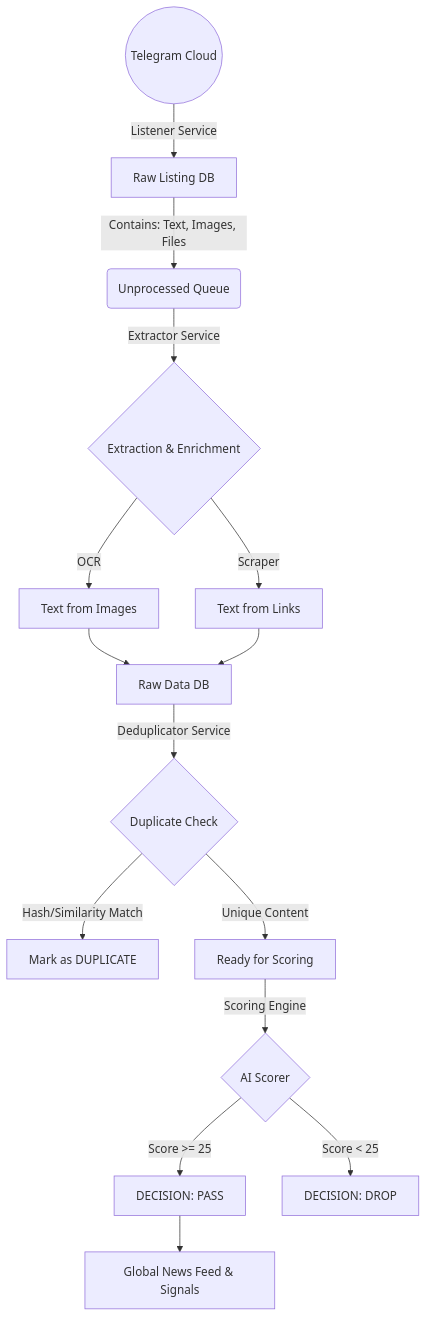
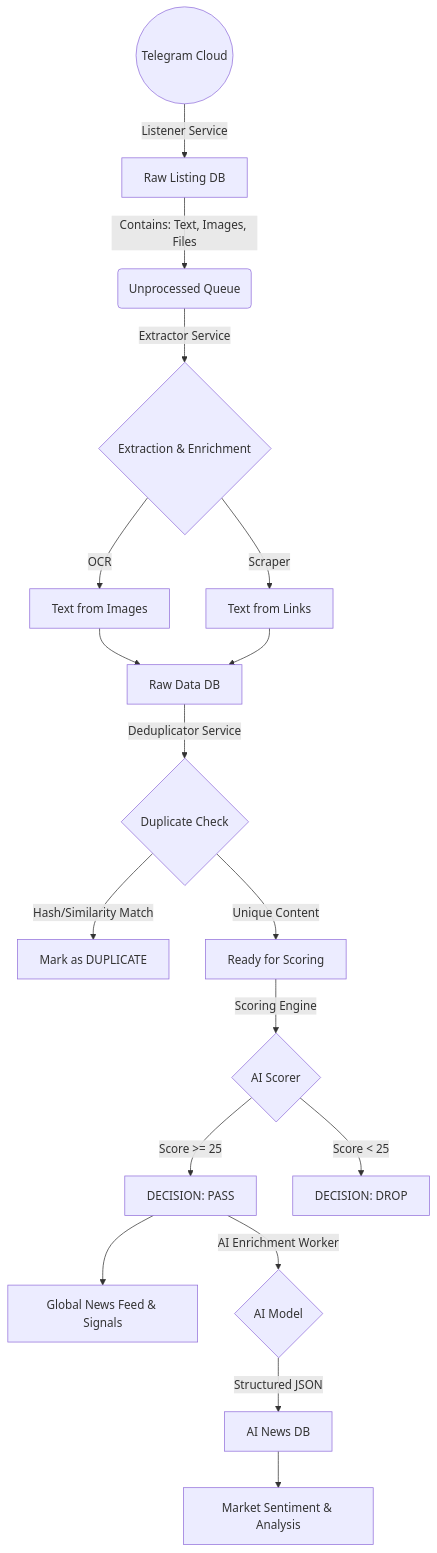
The diagram in docs/NEWS_PIPELINE.md (sipsilv/rubik_analytics), drawn with Mermaid before and after one commit. The commit also changed other lines of this file and 21 other files, not shown here.

````diff
--- a/docs/NEWS_PIPELINE.md
+++ b/docs/NEWS_PIPELINE.md
@@ -15,24 +15,29 @@
 ```mermaid
 graph TD
     %% Stage 1: Ingestion
     A((Telegram Cloud)) -->|Listener Service| B[Raw Listing DB]
     B -->|Contains: Text, Images, Files| C(Unprocessed Queue)
 
     %% Stage 2: Extraction
     C -->|Extractor Service| D{Extraction & Enrichment}
     D -- OCR --> E[Text from Images]
     D -- Scraper --> F[Text from Links]
     E & F --> G[Raw Data DB]
 
     %% Stage 3: Deduplication
     G -->|Deduplicator Service| H{Duplicate Check}
     H -- "Hash/Similarity Match" --> I[Mark as DUPLICATE]
     H -- "Unique Content" --> J[Ready for Scoring]
 
     %% Stage 4: Scoring
     J -->|Scoring Engine| K{AI Scorer}
     K -->|Score >= 25| L[DECISION: PASS]
     K -->|Score < 25| M[DECISION: DROP]
     
     L --> N[Global News Feed & Signals]
+    
+    %% Stage 5: AI Enrichment
+    L -->|AI Enrichment Worker| O{AI Model}
+    O -->|Structured JSON| P[AI News DB]
+    P --> Q[Market Sentiment & Analysis]
 ```
````
